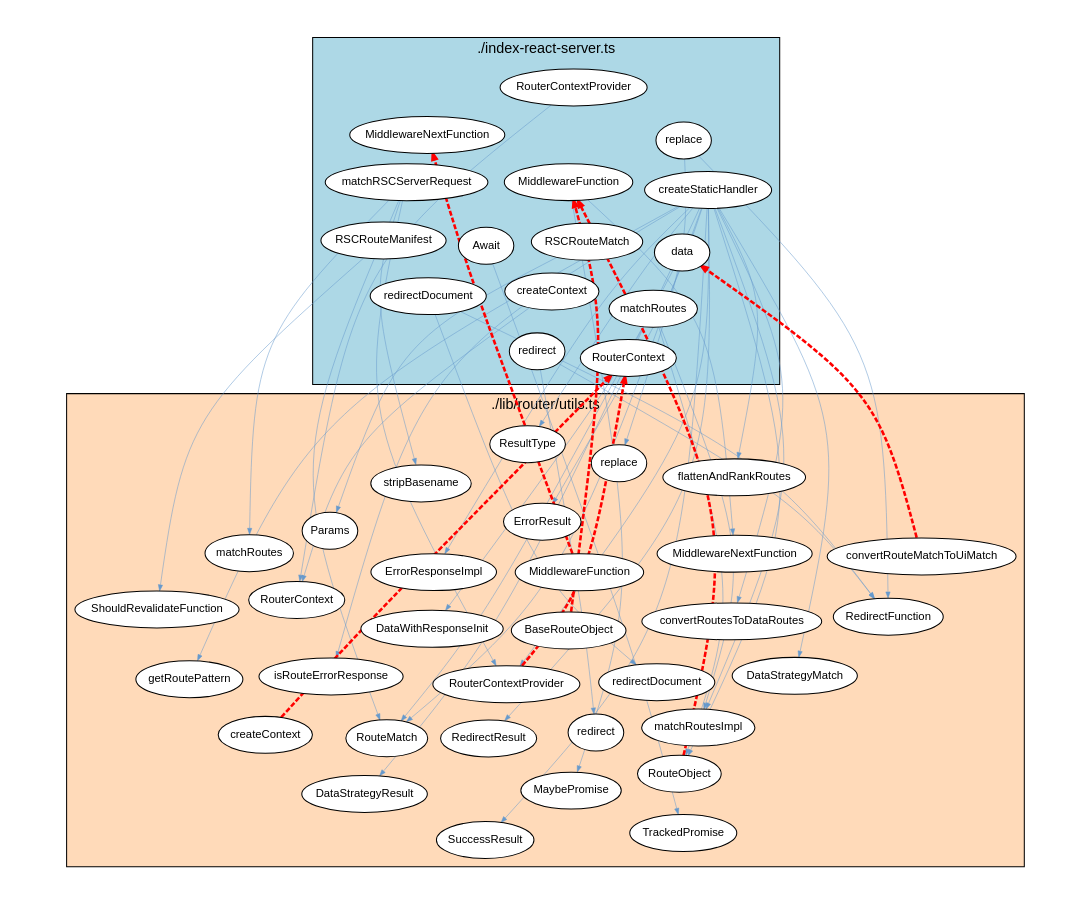
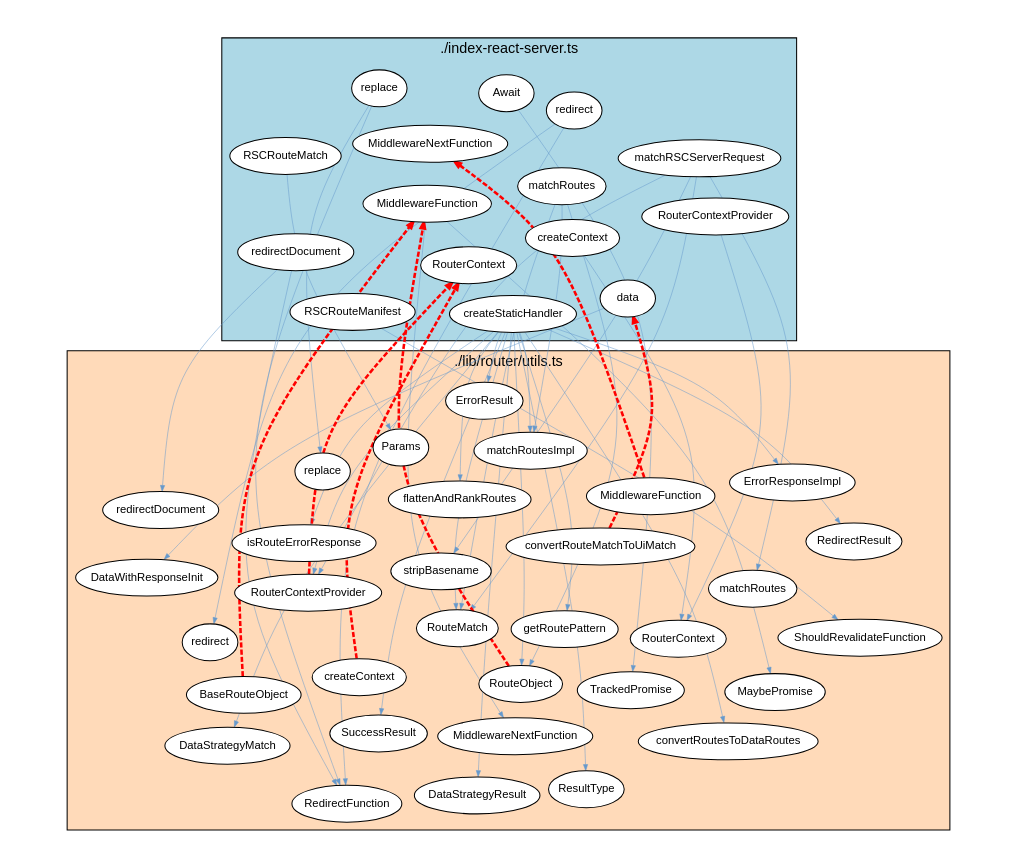
The diagram in analysis-results/react-router/latest/cyclic-dependencies/Typescript_Module/Graph_Visualizations/graphviz/TypescriptModuleCyclicDependencies3.gv (JohT/code-graph-analysis-examples), drawn with Graphviz before and after one commit. The commit also changed other lines of this file and 347 other files, not shown here.

```diff
--- a/analysis-results/react-router/latest/cyclic-dependencies/Typescript_Module/Graph_Visualizations/graphviz/TypescriptModuleCyclicDependencies3.gv
+++ b/analysis-results/react-router/latest/cyclic-dependencies/Typescript_Module/Graph_Visualizations/graphviz/TypescriptModuleCyclicDependencies3.gv
@@ -1,109 +1,109 @@
 strict digraph cycle {
     graph [layout = "fdp"; start = "7"; splines = "curved"; pad = "0.8,0.4"; outputorder = "edgesfirst";];
     graph [fontname = "Helvetica,Arial,sans-serif"; labelloc = "t";];
     node [fontname = "Helvetica,Arial,sans-serif"; style = "filled"; fillcolor = "white";];
     node [fontsize = 11; margin = "0.05,0.05";];
     edge [fontsize = 9; arrowsize = "0.6";];
 
     subgraph cluster_package {
         label="./index-react-server.ts";
         style="filled";
         fillcolor="lightblue";
+        "replace_pkg" [label="replace"];
         "RSCRouteMatch";
-        "replace_pkg" [label="replace"];
         "MiddlewareFunction_pkg" [label="MiddlewareFunction"];
         "redirect_pkg" [label="redirect"];
         "RouterContext_pkg" [label="RouterContext"];
         "createStaticHandler";
         "MiddlewareNextFunction_pkg" [label="MiddlewareNextFunction"];
         "matchRSCServerRequest";
         "RouterContextProvider_pkg" [label="RouterContextProvider"];
         "Await";
         "data";
         "matchRoutes_pkg" [label="matchRoutes"];
+        "createContext_pkg" [label="createContext"];
         "redirectDocument_pkg" [label="redirectDocument"];
-        "createContext_pkg" [label="createContext"];
         "RSCRouteManifest";
     }
 
     subgraph cluster_dependent {
         label="./lib/router/utils.ts";
         style="filled";
         fillcolor="peachpuff";
+        "replace_dep" [label="replace"];
+        "flattenAndRankRoutes";
         "RedirectResult";
         "stripBasename";
-        "flattenAndRankRoutes";
-        "replace_dep" [label="replace"];
         "MiddlewareFunction_dep" [label="MiddlewareFunction"];
         "getRoutePattern";
         "convertRoutesToDataRoutes";
+        "ErrorResponseImpl";
+        "ErrorResult";
         "RedirectFunction";
-        "ErrorResult";
-        "ErrorResponseImpl";
         "TrackedPromise";
+        "isRouteErrorResponse";
+        "matchRoutesImpl";
+        "RouterContext_dep" [label="RouterContext"];
+        "DataWithResponseInit";
         "redirect_dep" [label="redirect"];
-        "DataWithResponseInit";
-        "matchRoutesImpl";
-        "isRouteErrorResponse";
-        "RouterContext_dep" [label="RouterContext"];
         "convertRouteMatchToUiMatch";
         "MiddlewareNextFunction_dep" [label="MiddlewareNextFunction"];
         "SuccessResult";
         "ShouldRevalidateFunction";
         "DataStrategyMatch";
         "ResultType";
         "RouterContextProvider_dep" [label="RouterContextProvider"];
         "matchRoutes_dep" [label="matchRoutes"];
         "RouteMatch";
         "BaseRouteObject";
         "redirectDocument_dep" [label="redirectDocument"];
         "createContext_dep" [label="createContext"];
+        "DataStrategyResult";
         "Params";
-        "DataStrategyResult";
         "MaybePromise";
         "RouteObject";
     }
 
     "replace_pkg" -> "replace_dep" [color="#6699CC"; penwidth="0.5"];
     "createStaticHandler" -> "ErrorResponseImpl" [color="#6699CC"; penwidth="0.5"];
     "createStaticHandler" -> "RouterContextProvider_dep" [color="#6699CC"; penwidth="0.5"];
     "matchRSCServerRequest" -> "RouterContextProvider_dep" [color="#6699CC"; penwidth="0.5"];
     "createStaticHandler" -> "flattenAndRankRoutes" [color="#6699CC"; penwidth="0.5"];
+    "matchRoutes_pkg" -> "RouteObject" [color="#6699CC"; penwidth="0.5"];
     "redirect_pkg" -> "redirect_dep" [color="#6699CC"; penwidth="0.5"];
-    "matchRoutes_pkg" -> "RouteObject" [color="#6699CC"; penwidth="0.5"];
+    "matchRSCServerRequest" -> "matchRoutes_dep" [color="#6699CC"; penwidth="0.5"];
     "createStaticHandler" -> "RedirectResult" [color="#6699CC"; penwidth="0.5"];
-    "matchRSCServerRequest" -> "matchRoutes_dep" [color="#6699CC"; penwidth="0.5"];
+    "createStaticHandler" -> "SuccessResult" [color="#6699CC"; penwidth="0.5"];
     "matchRSCServerRequest" -> "RouteMatch" [color="#6699CC"; penwidth="0.5"];
     "redirectDocument_pkg" -> "redirectDocument_dep" [color="#6699CC"; penwidth="0.5"];
-    "createStaticHandler" -> "SuccessResult" [color="#6699CC"; penwidth="0.5"];
-    "RSCRouteManifest" -> "ShouldRevalidateFunction" [color="#6699CC"; penwidth="0.5"];
     "createStaticHandler" -> "isRouteErrorResponse" [color="#6699CC"; penwidth="0.5"];
     "RouterContextProvider_pkg" -> "RouterContext_dep" [color="#6699CC"; penwidth="0.5"];
+    "RSCRouteManifest" -> "ShouldRevalidateFunction" [color="#6699CC"; penwidth="0.5"];
     "createStaticHandler" -> "DataStrategyMatch" [color="#6699CC"; penwidth="0.5"];
+    "createContext_pkg" -> "RouterContext_dep" [color="#6699CC"; penwidth="0.5"];
+    "matchRoutes_pkg" -> "RouteMatch" [color="#6699CC"; penwidth="0.5"];
+    "createStaticHandler" -> "convertRoutesToDataRoutes" [color="#6699CC"; penwidth="0.5"];
     "RSCRouteMatch" -> "Params" [color="#6699CC"; penwidth="0.5"];
-    "matchRoutes_pkg" -> "RouteMatch" [color="#6699CC"; penwidth="0.5"];
-    "createContext_pkg" -> "RouterContext_dep" [color="#6699CC"; penwidth="0.5"];
-    "createStaticHandler" -> "convertRoutesToDataRoutes" [color="#6699CC"; penwidth="0.5"];
     "createStaticHandler" -> "ResultType" [color="#6699CC"; penwidth="0.5"];
     "Await" -> "TrackedPromise" [color="#6699CC"; penwidth="0.5"];
-    "replace_pkg" -> "RedirectFunction" [color="#6699CC"; penwidth="0.5"];
     "matchRSCServerRequest" -> "stripBasename" [color="#6699CC"; penwidth="0.5"];
     "createStaticHandler" -> "RouteMatch" [color="#6699CC"; penwidth="0.5"];
+    "replace_pkg" -> "RedirectFunction" [color="#6699CC"; penwidth="0.5"];
+    "matchRoutes_pkg" -> "matchRoutesImpl" [color="#6699CC"; penwidth="0.5"];
     "redirectDocument_pkg" -> "RedirectFunction" [color="#6699CC"; penwidth="0.5"];
-    "matchRoutes_pkg" -> "matchRoutesImpl" [color="#6699CC"; penwidth="0.5"];
+    "createStaticHandler" -> "RouteObject" [color="#6699CC"; penwidth="0.5"];
     "data" -> "DataWithResponseInit" [color="#6699CC"; penwidth="0.5"];
-    "createStaticHandler" -> "RouteObject" [color="#6699CC"; penwidth="0.5"];
+    "createStaticHandler" -> "getRoutePattern" [color="#6699CC"; penwidth="0.5"];
     "redirect_pkg" -> "RedirectFunction" [color="#6699CC"; penwidth="0.5"];
-    "createStaticHandler" -> "getRoutePattern" [color="#6699CC"; penwidth="0.5"];
+    "MiddlewareFunction_pkg" -> "MiddlewareNextFunction_dep" [color="#6699CC"; penwidth="0.5"];
     "MiddlewareFunction_pkg" -> "MaybePromise" [color="#6699CC"; penwidth="0.5"];
     "createStaticHandler" -> "DataStrategyResult" [color="#6699CC"; penwidth="0.5"];
-    "MiddlewareFunction_pkg" -> "MiddlewareNextFunction_dep" [color="#6699CC"; penwidth="0.5"];
     "createStaticHandler" -> "matchRoutesImpl" [color="#6699CC"; penwidth="0.5"];
     "createStaticHandler" -> "ErrorResult" [color="#6699CC"; penwidth="0.5"];
     "RouteObject" -> "MiddlewareFunction_pkg" [color="red"; penwidth="2.5"; style="dashed";];
     "RouterContextProvider_dep" -> "RouterContext_pkg" [color="red"; penwidth="2.5"; style="dashed";];
     "createContext_dep" -> "RouterContext_pkg" [color="red"; penwidth="2.5"; style="dashed";];
     "BaseRouteObject" -> "MiddlewareFunction_pkg" [color="red"; penwidth="2.5"; style="dashed";];
     "convertRouteMatchToUiMatch" -> "data" [color="red"; penwidth="2.5"; style="dashed";];
     "MiddlewareFunction_dep" -> "MiddlewareNextFunction_pkg" [color="red"; penwidth="2.5"; style="dashed";];
 }
```
